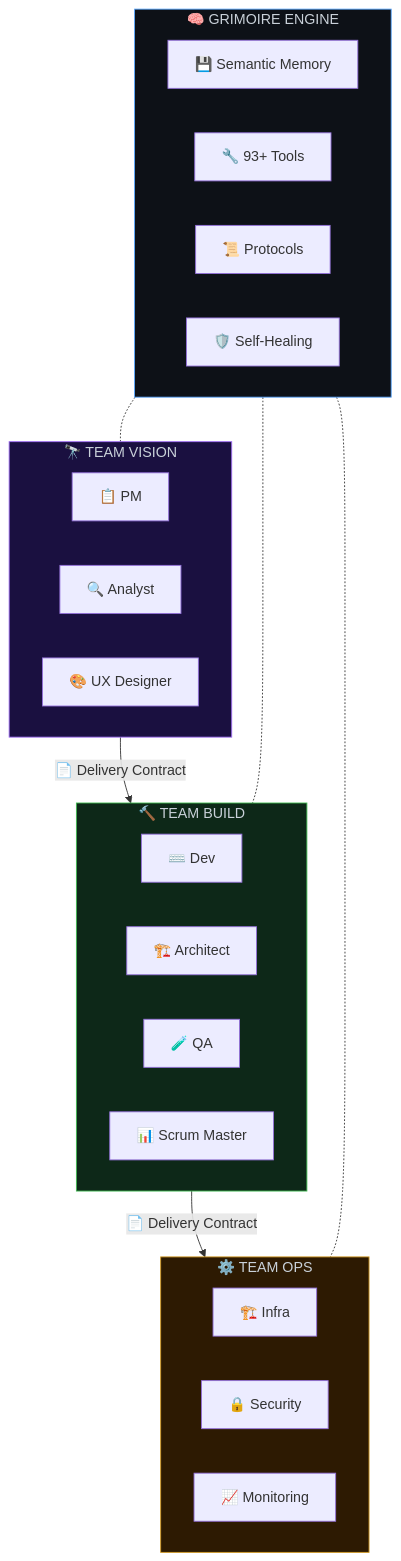
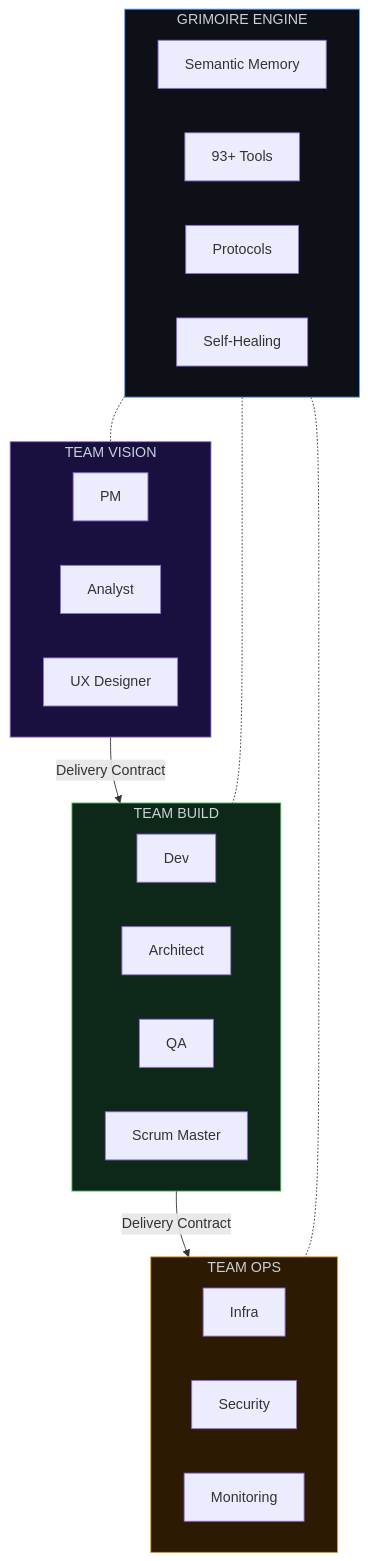
Before and after one commit to Guilhem-Bonnet/Grimoire-kit: the first of 2 diagrams in README.md, drawn with Mermaid. The commit also changed other lines of this file and 38 other files, not shown here.

````diff
--- a/README.md
+++ b/README.md
@@ -125,39 +125,39 @@
 ```mermaid
 graph TB
-    subgraph VISION["🔭 TEAM VISION"]
-        PM["📋 PM"]
-        AN["🔍 Analyst"]
-        UX["🎨 UX Designer"]
+    subgraph VISION["TEAM VISION"]
+        PM["PM"]
+        AN["Analyst"]
+        UX["UX Designer"]
     end
 
-    subgraph BUILD["🔨 TEAM BUILD"]
-        DEV["⌨️ Dev"]
-        ARCH["🏗️ Architect"]
-        QA["🧪 QA"]
-        SM["📊 Scrum Master"]
+    subgraph BUILD["TEAM BUILD"]
+        DEV["Dev"]
+        ARCH["Architect"]
+        QA["QA"]
+        SM["Scrum Master"]
     end
 
-    subgraph OPS["⚙️ TEAM OPS"]
-        INFRA["🏗️ Infra"]
-        SEC["🔒 Security"]
-        MON["📈 Monitoring"]
+    subgraph OPS["TEAM OPS"]
+        INFRA["Infra"]
+        SEC["Security"]
+        MON["Monitoring"]
     end
 
-    subgraph ENGINE["🧠 GRIMOIRE ENGINE"]
-        MEM["💾 Semantic Memory"]
-        TOOLS["🔧 93+ Tools"]
-        PROTO["📜 Protocols"]
-        HEAL["🛡️ Self-Healing"]
+    subgraph ENGINE["GRIMOIRE ENGINE"]
+        MEM["Semantic Memory"]
+        TOOLS["93+ Tools"]
+        PROTO["Protocols"]
+        HEAL["Self-Healing"]
     end
 
-    VISION -- "📄 Delivery Contract" --> BUILD
-    BUILD -- "📄 Delivery Contract" --> OPS
+    VISION -- "Delivery Contract" --> BUILD
+    BUILD -- "Delivery Contract" --> OPS
     ENGINE -.- VISION
     ENGINE -.- BUILD
     ENGINE -.- OPS
 
     style VISION fill:#1a1040,stroke:#a371f7,color:#c9d1d9
     style BUILD fill:#0d2818,stroke:#3fb950,color:#c9d1d9
     style OPS fill:#2d1a02,stroke:#d29922,color:#c9d1d9
     style ENGINE fill:#0d1117,stroke:#58a6ff,color:#c9d1d9
 ```
````
